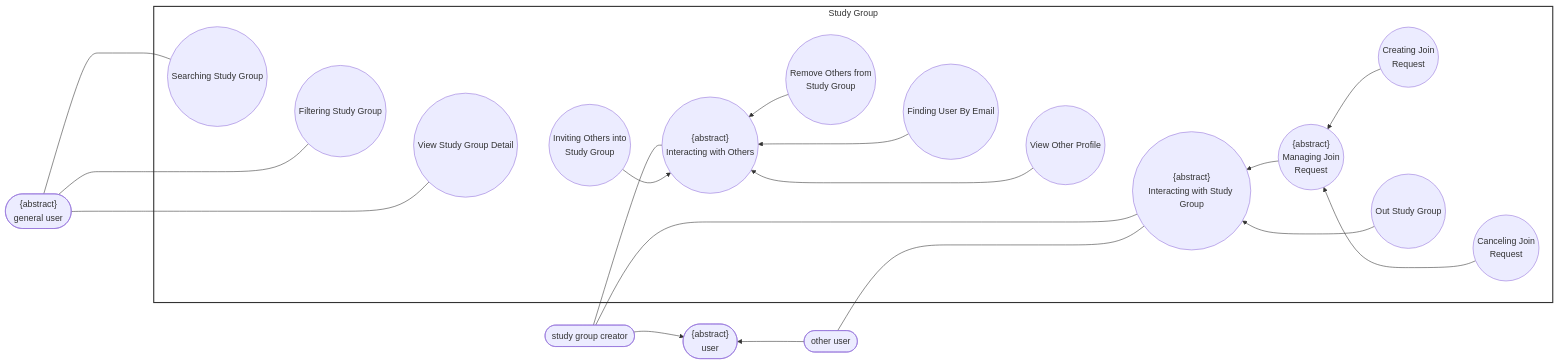
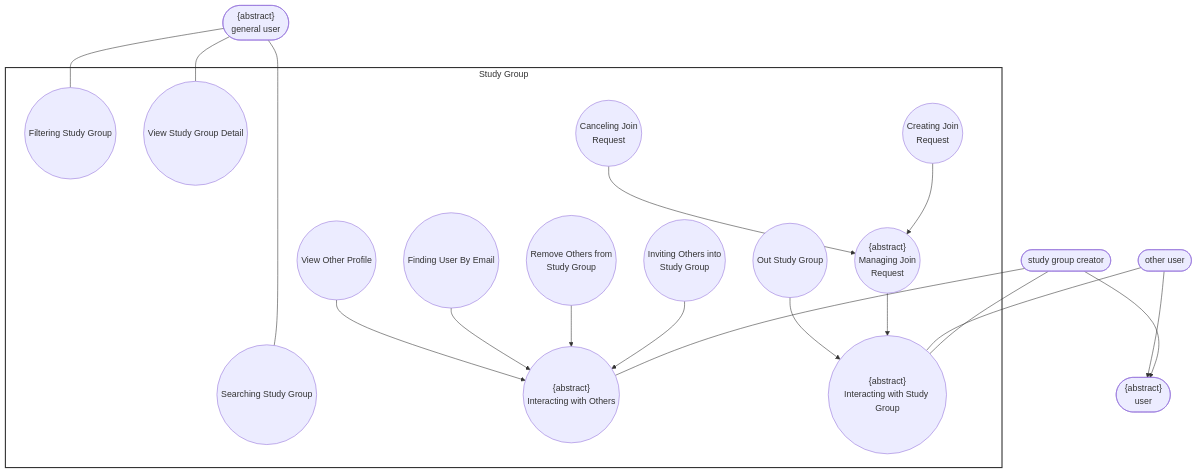
One commit to DuyNhat1705/AmeThyst-Library changed the sixth of 9 diagrams in docs/use case specification/AllSpec.md. Above: the diagram before and after it, drawn with Mermaid. The commit also changed other lines of this file and 1 other file, not shown here.

Commit message:
Update Diagram for AI-Rec and Study-Group

````diff
--- a/docs/use case specification/AllSpec.md
+++ b/docs/use case specification/AllSpec.md
@@ -2837,48 +2842,36 @@
 ```mermaid
-flowchart LR
+flowchart TD
  subgraph StudyGroup["Study Group"]
         UC1(("Searching Study Group"))
         UC2(("Filtering Study Group"))
         UC3(("View Study Group Detail"))
         UC5(("Inviting Others into<br>Study Group"))
-        UC4(("{abstract}<br>Interacting with Others"))
+        UC4(("<center>{abstract}<br>Interacting with Others</center>"))
         UC6(("Remove Others from<br>Study Group"))
         UC7(("Finding User By Email"))
         UC8(("View Other Profile"))
-        UC9(("{abstract}<br>Interacting with Study Group"))
-        UC10(("{abstract}<br>Managing Join<br>Request"))
-        UC11(("Creating Join<br>Request"))
-        UC12(("Canceling Join<br>Request"))
+        UC9(("<center>{abstract}<br>Interacting with Study Group</center>"))
+        UC10(("<center>{abstract}<br>Managing Join<br>Request</center>"))
+        UC11(("<center>Creating Join<br>Request</center>"))
+        UC12(("<center>Canceling Join<br>Request</center>"))
         UC13(("Out Study Group"))
   end
-    StudyGroupCreator(["study group creator"]) --> User(["{abstract}<br>user"])
+    StudyGroupCreator(["study group creator"]) --> User(["<center>{abstract}<br>user</center>"])
     OtherUser(["other user"]) --> User
-    GeneralUser(["{abstract}<br>general user"]) ~~~ StudyGroupCreator
+    GeneralUser(["<center>{abstract}<br>general user</center>"]) ~~~ StudyGroupCreator
     StudyGroupCreator ~~~ User
-    User ~~~ OtherUser
-    UC1 ~~~ UC2
-    UC2 ~~~ UC3
-    UC3 ~~~ UC5
-    UC5 ~~~ UC4
-    UC4 ~~~ UC6
-    UC6 ~~~ UC7
-    UC7 ~~~ UC8
-    UC8 ~~~ UC9
-    UC9 ~~~ UC10
-    UC10 ~~~ UC11 & UC13
-    UC11 ~~~ UC12
     GeneralUser ~~~~~ StudyGroup
     GeneralUser --- UC1 & UC2 & UC3
     StudyGroupCreator --- UC4 & UC9
     OtherUser --- UC9
     UC5 --> UC4
     UC6 --> UC4
     UC7 --> UC4
     UC8 --> UC4
     UC10 --> UC9
     UC13 --> UC9
     UC11 --> UC10
     UC12 --> UC10
 
     style StudyGroup fill:#fff,stroke:#333,stroke-width:2px
 ```
````
